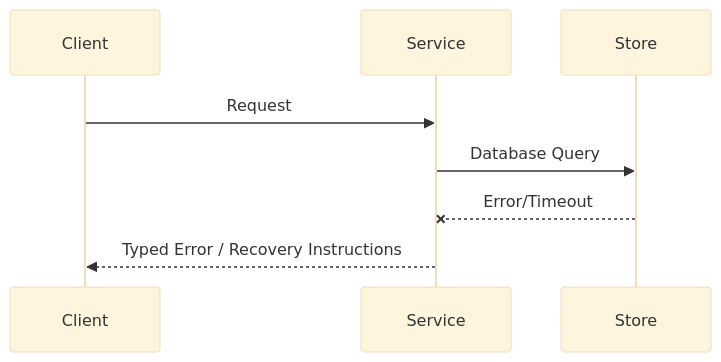
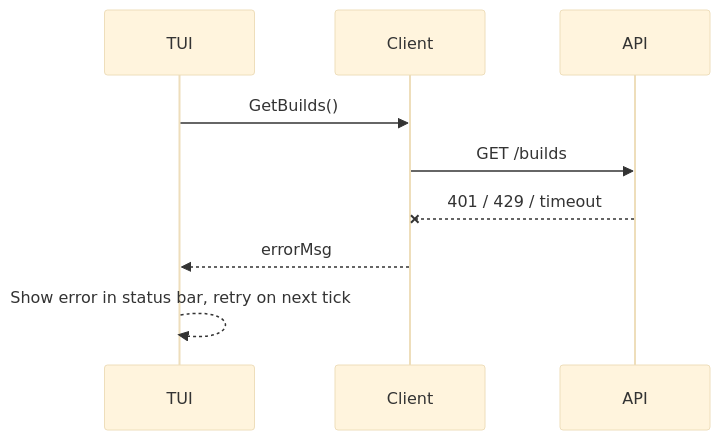
The second of 2 diagrams in .decapod/generated/specs/ARCHITECTURE.md (alexhraber/builddeck), drawn with Mermaid (base theme) before and after one commit. The commit also changed other lines of this file and 7 other files, not shown here.

````diff
--- a/.decapod/generated/specs/ARCHITECTURE.md
+++ b/.decapod/generated/specs/ARCHITECTURE.md
@@ -53,10 +93,11 @@
 ```mermaid
 sequenceDiagram
+  participant TUI
   participant Client
-  participant Service
-  participant Store
-  Client->>Service: Request
-  Service->>Store: Database Query
-  Store--xService: Error/Timeout
-  Service-->>Client: Typed Error / Recovery Instructions
+  participant API
+  TUI->>Client: GetBuilds()
+  Client->>API: GET /builds
+  API--xClient: 401 / 429 / timeout
+  Client-->>TUI: errorMsg
+  TUI-->>TUI: Show error in status bar, retry on next tick
 ```
````
